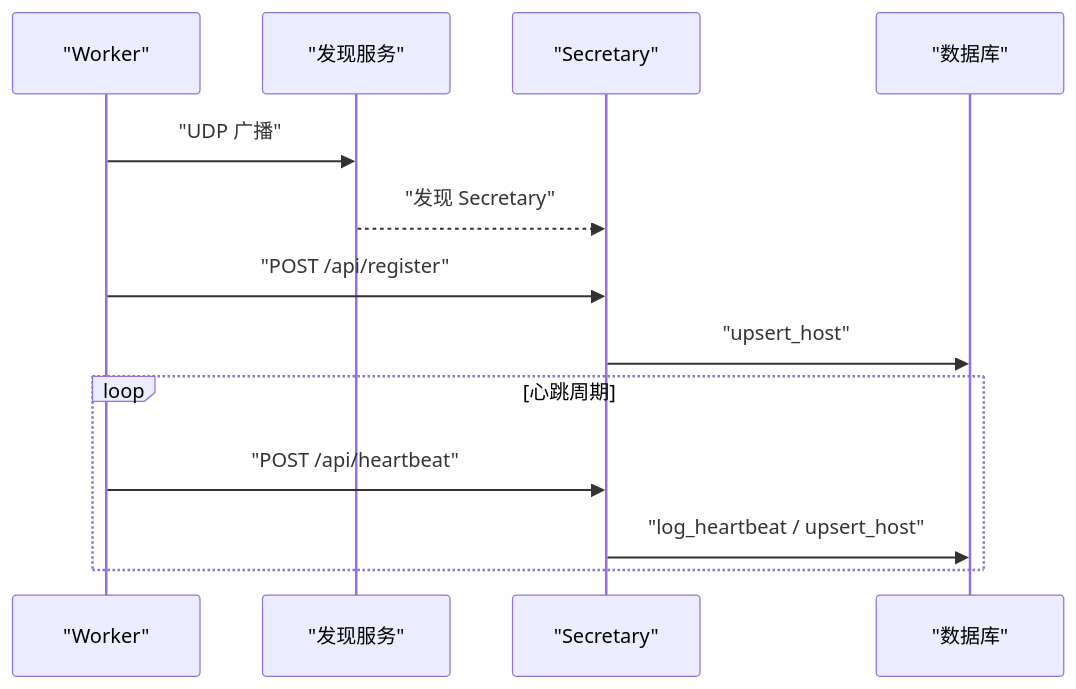
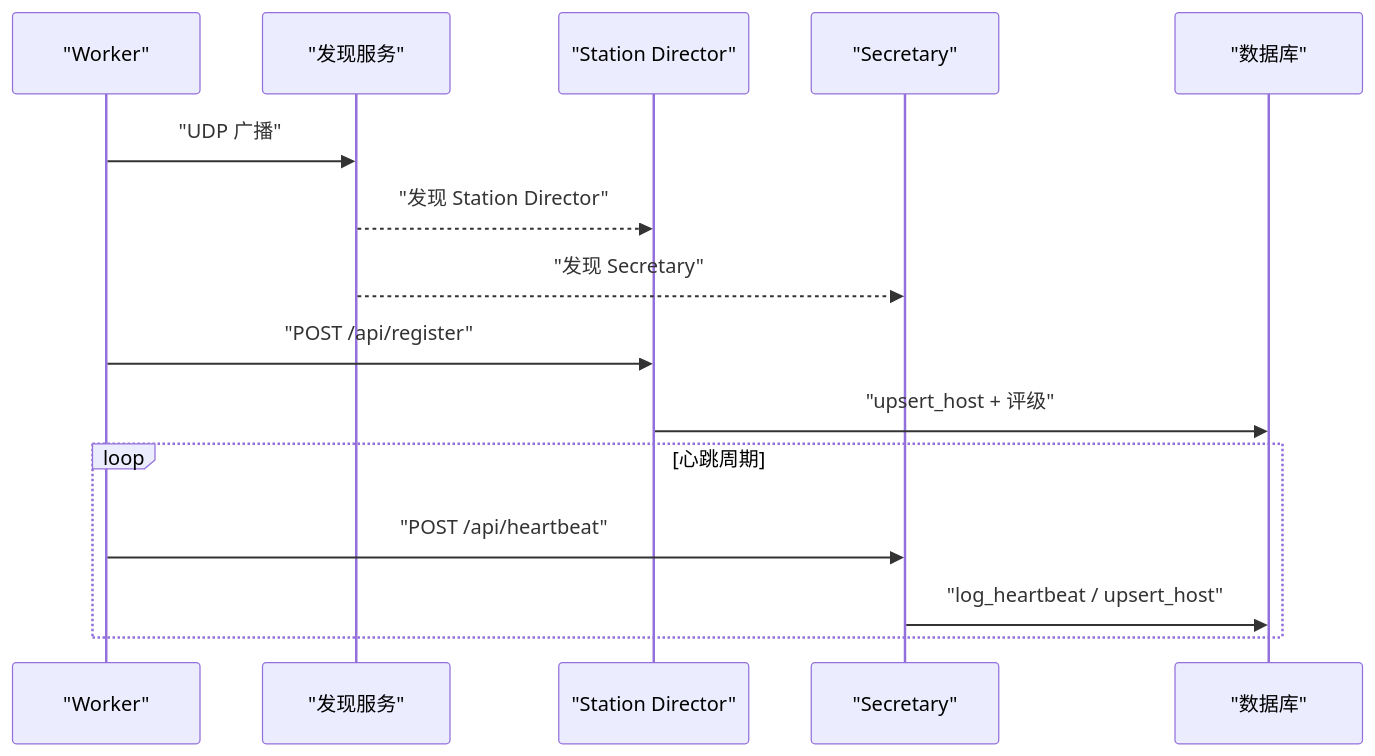
The fifth of 9 diagrams in .qoder/repowiki/zh/content/部署指南/部署指南.md (targalian/Personal-distributed-workstation), drawn with Mermaid before and after one commit. The commit also changed other lines of this file and 69 other files, not shown here.

````diff
--- a/.qoder/repowiki/zh/content/部署指南/部署指南.md
+++ b/.qoder/repowiki/zh/content/部署指南/部署指南.md
@@ -211,15 +294,17 @@
 ```mermaid
 sequenceDiagram
 participant W as "Worker"
 participant N as "发现服务"
+participant SD as "Station Director"
 participant S as "Secretary"
 participant DB as "数据库"
 W->>N : "UDP 广播"
+N-->>SD : "发现 Station Director"
 N-->>S : "发现 Secretary"
-W->>S : "POST /api/register"
-S->>DB : "upsert_host"
+W->>SD : "POST /api/register"
+SD->>DB : "upsert_host + 评级"
 loop 心跳周期
 W->>S : "POST /api/heartbeat"
 S->>DB : "log_heartbeat / upsert_host"
 end
 ```
````
